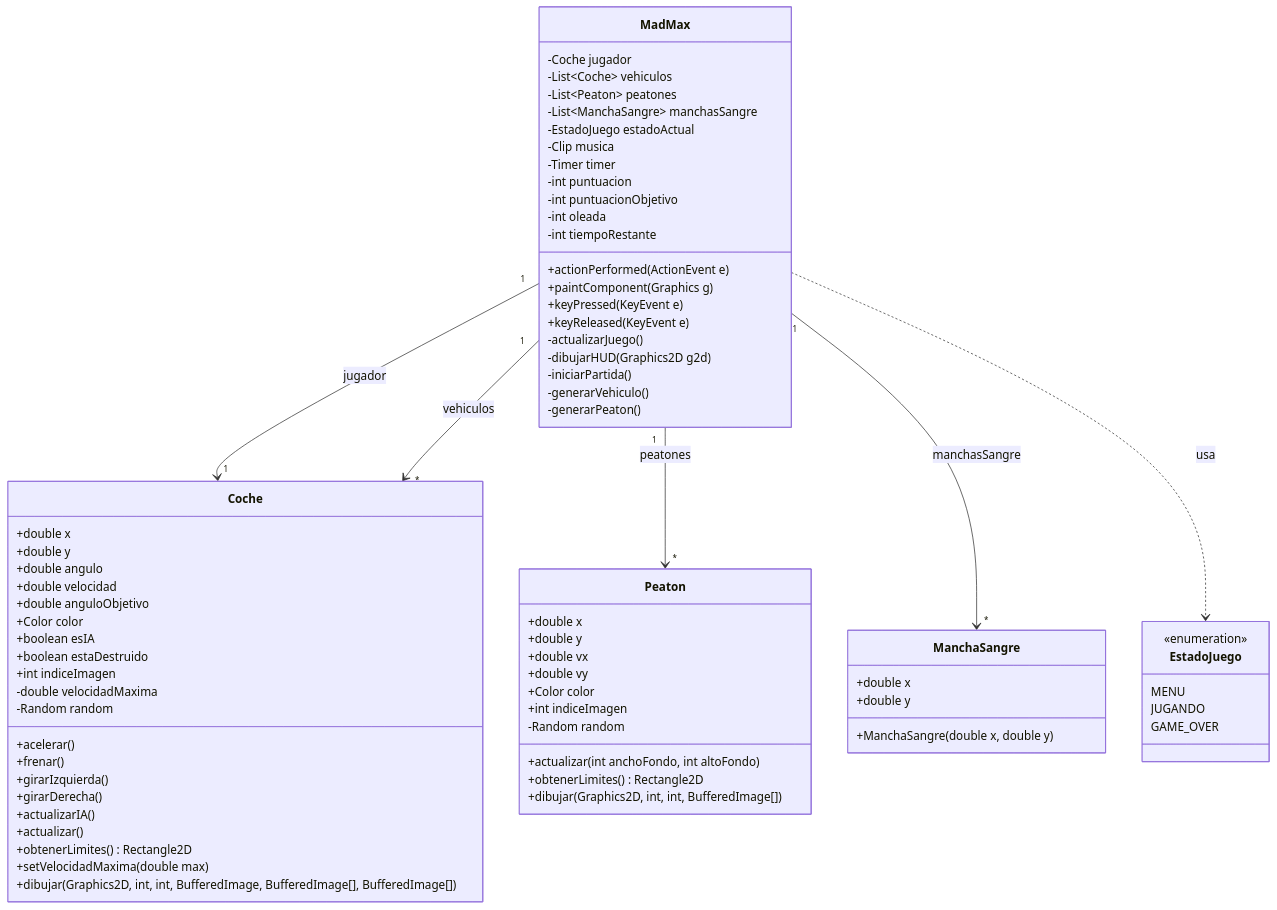
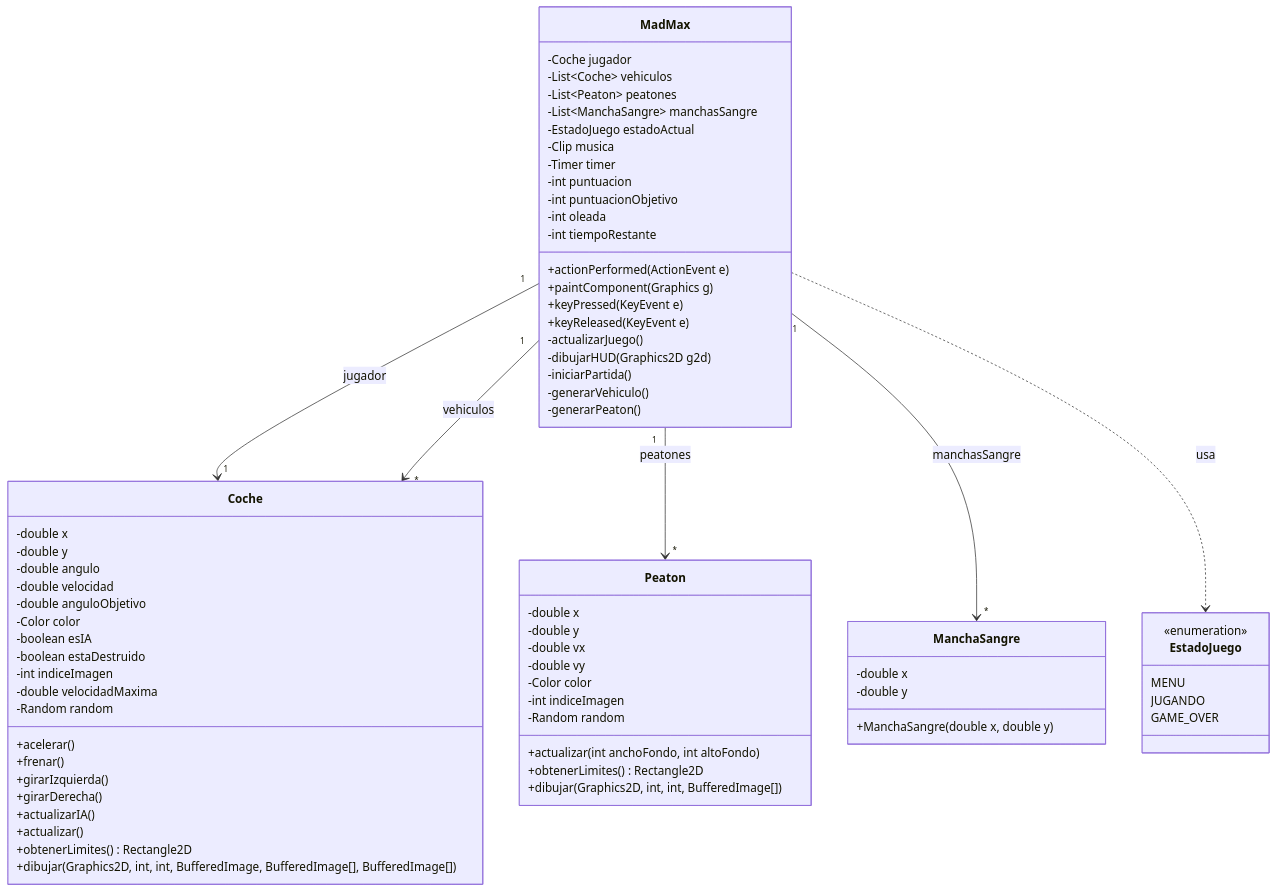
The diagram in README.md (francis94dev/mad-max-game-java), drawn with Mermaid before and after one commit. The commit also changed other lines of this file, not shown here.

Commit message:
Actualizo el readme

````diff
--- a/README.md
+++ b/README.md
@@ -76,80 +76,79 @@
 ```mermaid
 classDiagram
     MadMax "1" --> "1" Coche : jugador
     MadMax "1" --> "*" Coche : vehiculos
     MadMax "1" --> "*" Peaton : peatones
     MadMax "1" --> "*" ManchaSangre : manchasSangre
     MadMax ..> EstadoJuego : usa
     
     class MadMax {
         -Coche jugador
         -List~Coche~ vehiculos
         -List~Peaton~ peatones
         -List~ManchaSangre~ manchasSangre
         -EstadoJuego estadoActual
         -Clip musica
         -Timer timer
         -int puntuacion
         -int puntuacionObjetivo
         -int oleada
         -int tiempoRestante
         +actionPerformed(ActionEvent e)
         +paintComponent(Graphics g)
         +keyPressed(KeyEvent e)
         +keyReleased(KeyEvent e)
         -actualizarJuego()
         -dibujarHUD(Graphics2D g2d)
         -iniciarPartida()
         -generarVehiculo()
         -generarPeaton()
     }
     
     class Coche {
-        +double x
-        +double y
-        +double angulo
-        +double velocidad
-        +double anguloObjetivo
-        +Color color
-        +boolean esIA
-        +boolean estaDestruido
-        +int indiceImagen
+        -double x
+        -double y
+        -double angulo
+        -double velocidad
+        -double anguloObjetivo
+        -Color color
+        -boolean esIA
+        -boolean estaDestruido
+        -int indiceImagen
         -double velocidadMaxima
         -Random random
         +acelerar()
         +frenar()
         +girarIzquierda()
         +girarDerecha()
         +actualizarIA()
         +actualizar()
         +obtenerLimites() Rectangle2D
-        +setVelocidadMaxima(double max)
         +dibujar(Graphics2D, int, int, BufferedImage, BufferedImage[], BufferedImage[])
     }
     
     class Peaton {
-        +double x
-        +double y
-        +double vx
-        +double vy
-        +Color color
-        +int indiceImagen
+        -double x
+        -double y
+        -double vx
+        -double vy
+        -Color color
+        -int indiceImagen
         -Random random
         +actualizar(int anchoFondo, int altoFondo)
         +obtenerLimites() Rectangle2D
         +dibujar(Graphics2D, int, int, BufferedImage[])
     }
     
     class ManchaSangre {
-        +double x
-        +double y
+        -double x
+        -double y
         +ManchaSangre(double x, double y)
     }
     
     class EstadoJuego {
         <<enumeration>>
         MENU
         JUGANDO
         GAME_OVER
     }
 ```
````
